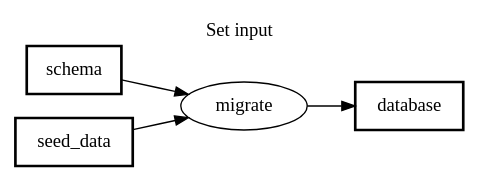
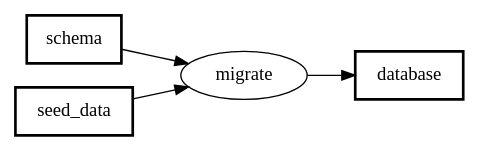
The third of 9 diagrams in docs/samples/README.md (takasek/pfdsl), drawn with Graphviz before and after one commit. The commit also changed other lines of this file and 31 other files, not shown here.

````diff
--- a/docs/samples/README.md
+++ b/docs/samples/README.md
@@ -103,17 +87,15 @@
 ```dot
 digraph PFDSL {
   rankdir=LR;
   newrank=true;
-  label="Set input";
-  labelloc="t";
 
   "database" [shape=box, label="database", penwidth="2"];
   "migrate" [shape=ellipse, label="migrate"];
   "schema" [shape=box, label="schema", penwidth="2"];
   "seed_data" [shape=box, label="seed_data", penwidth="2"];
 
   "schema" -> "migrate";
   "seed_data" -> "migrate";
   "migrate" -> "database";
 }
 ```
````
